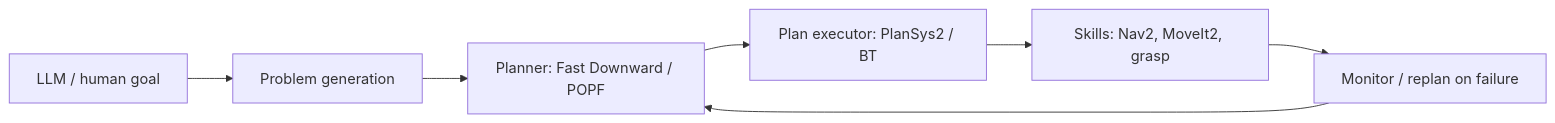
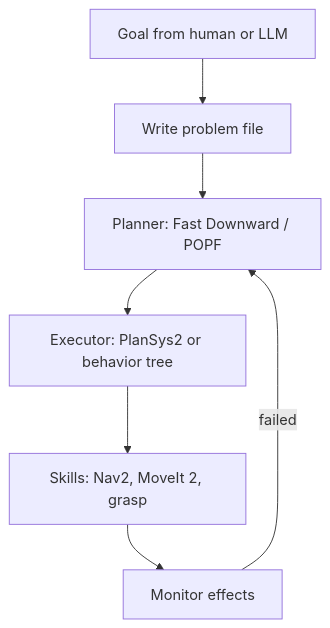
The diagram in docs/10-planning-control/task-planning-pddl.md (yeshwanthguru/Robotics_bible), drawn with Mermaid before and after one commit. The commit also changed other lines of this file and 120 other files, not shown here.

First line of the commit message:
Rewrite all chapters plain-English first, add 60+ diagrams

````diff
--- a/docs/10-planning-control/task-planning-pddl.md
+++ b/docs/10-planning-control/task-planning-pddl.md
@@ -60,9 +74,9 @@
 ```mermaid
-flowchart LR
-  LLM[LLM / human goal] --> PDDL[Problem generation]
-  PDDL --> PLAN[Planner: Fast Downward / POPF]
-  PLAN --> EXEC[Plan executor: PlanSys2 / BT]
-  EXEC --> SKILLS[Skills: Nav2, MoveIt2, grasp]
-  SKILLS --> MON[Monitor / replan on failure]
-  MON --> PLAN
+flowchart TD
+  G[Goal from human or LLM] --> P[Write problem file]
+  P --> PL[Planner: Fast Downward / POPF]
+  PL --> EX[Executor: PlanSys2 or behavior tree]
+  EX --> SK[Skills: Nav2, MoveIt 2, grasp]
+  SK --> M[Monitor effects]
+  M -->|failed| PL
 ```
````
